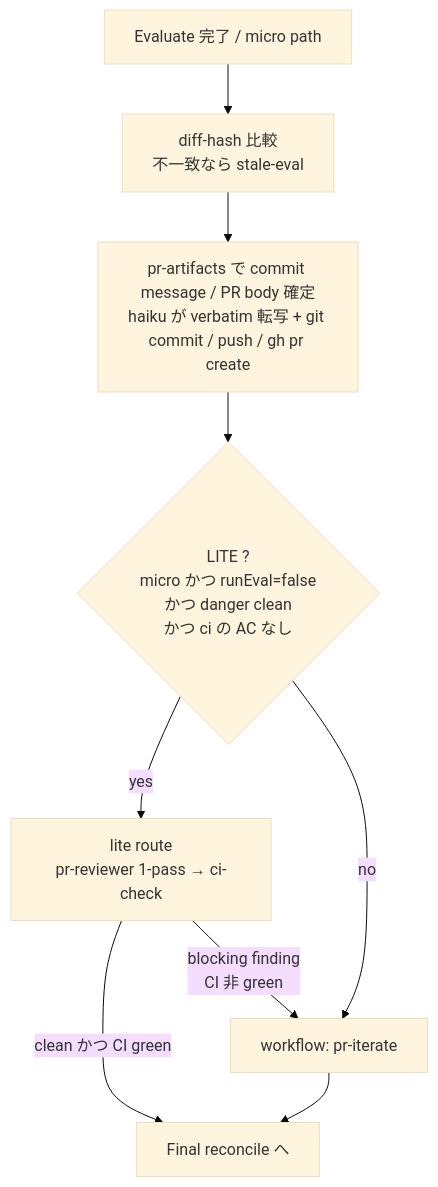
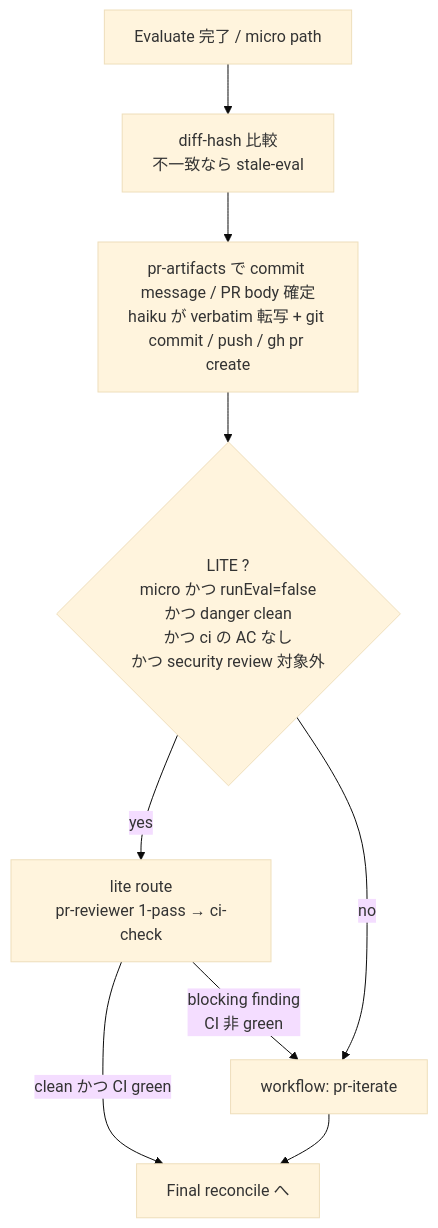
The eighth of 13 diagrams in docs/dev-flow-atlas.md (it-all-playpark/claude-plugins), drawn with Mermaid (base theme) before and after one commit. The commit also changed other lines of this file and 56 other files, not shown here.

First line of the commit message:
feat(dev-flow): 信頼境界をまたぎうる PR を既定で敵対的 security review に通し、対象外は決定論の許可リストだけにして、全 diff で収束するまで LGTM を出さない (#1063) (#1069)

````diff
--- a/docs/dev-flow-atlas.md
+++ b/docs/dev-flow-atlas.md
@@ -223,11 +223,11 @@
 ```mermaid
 flowchart TD
     IN["Evaluate 完了 / micro path"] --> R1["diff-hash 比較<br/>不一致なら stale-eval"]
     R1 --> R2["pr-artifacts で commit message / PR body 確定<br/>haiku が verbatim 転写 + git commit / push / gh pr create"]
-    R2 --> R4{"LITE ?<br/>micro かつ runEval=false<br/>かつ danger clean<br/>かつ ci の AC なし"}
+    R2 --> R4{"LITE ?<br/>micro かつ runEval=false<br/>かつ danger clean<br/>かつ ci の AC なし<br/>かつ security review 対象外"}
     R4 -->|yes| LITE["lite route<br/>pr-reviewer 1-pass → ci-check"]
     R4 -->|no| FULL["workflow: pr-iterate"]
     LITE -->|"clean かつ CI green"| OUT["Final reconcile へ"]
     LITE -->|"blocking finding<br/>CI 非 green"| FULL
     FULL --> OUT
 ```
````
